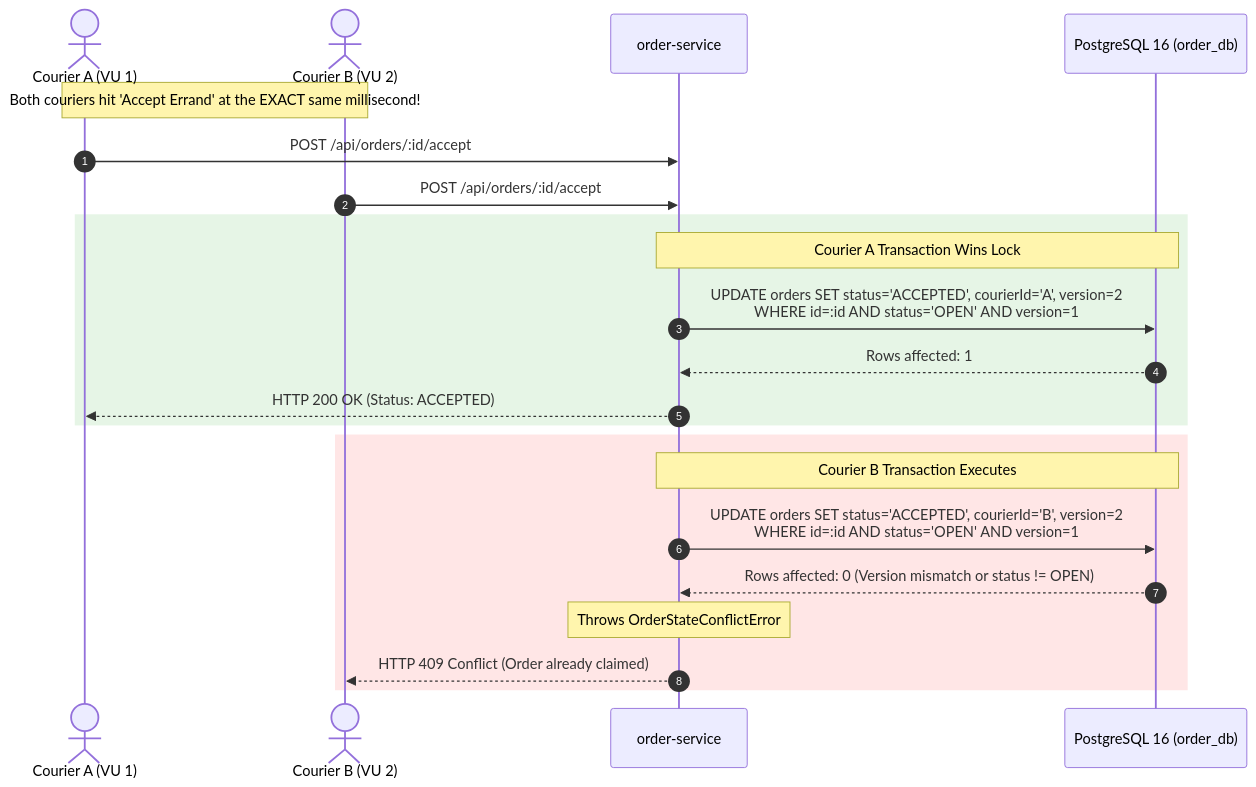
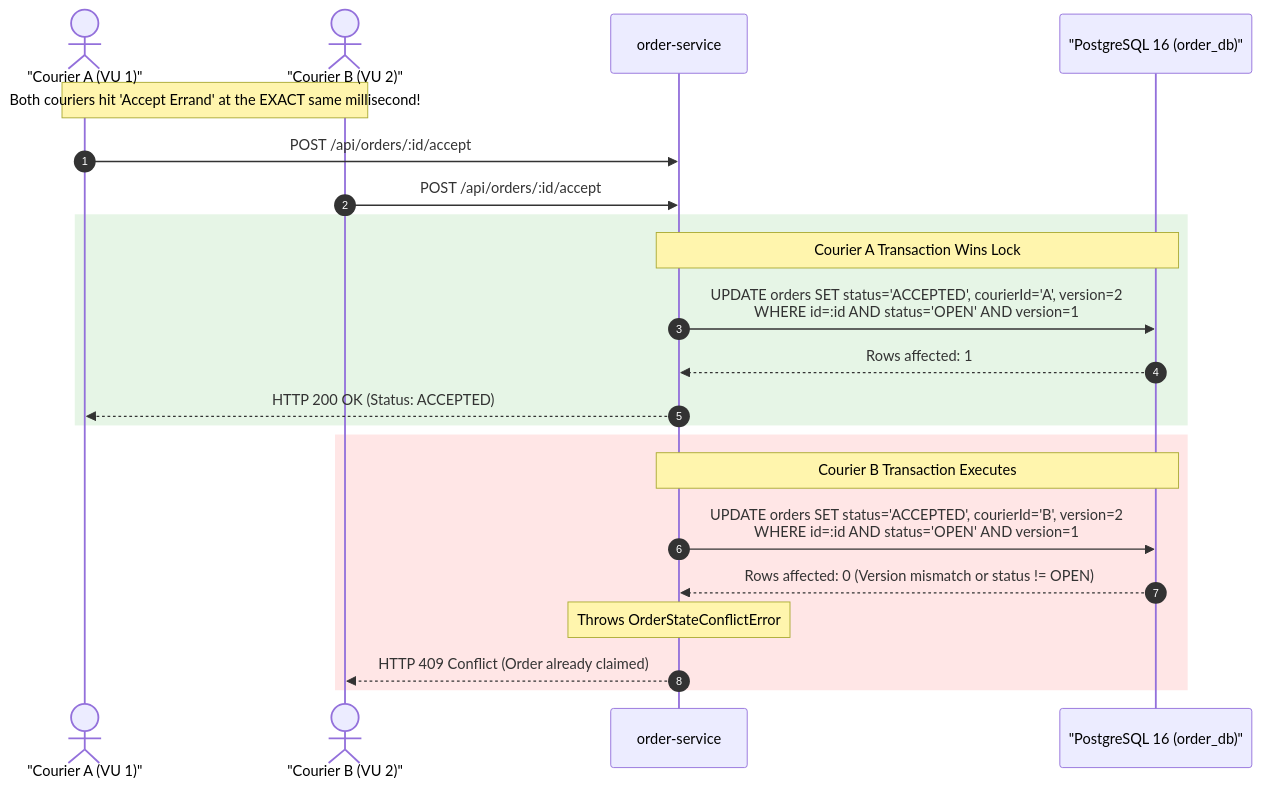
One commit to AY2627S1-CS3219-P25/friend-on-campus changed diagram 14 of 15 in docs/cloud-deployment-and-devops-guide.md. Above: the diagram before and after it, drawn with Mermaid. The commit also changed other lines of this file, not shown here.

Commit message:
fix(docs): resolve Mermaid parse error in Section 2.5 diagram and harden chart syntax

````diff
--- a/docs/cloud-deployment-and-devops-guide.md
+++ b/docs/cloud-deployment-and-devops-guide.md
@@ -1081,27 +1081,27 @@
 ```mermaid
 sequenceDiagram
     autonumber
-    actor Courier1 as Courier A (VU 1)
-    actor Courier2 as Courier B (VU 2)
+    actor Courier1 as "Courier A (VU 1)"
+    actor Courier2 as "Courier B (VU 2)"
     participant Svc as order-service
-    participant DB as PostgreSQL 16 (order_db)
+    participant DB as "PostgreSQL 16 (order_db)"
 
     Note over Courier1,Courier2: Both couriers hit 'Accept Errand' at the EXACT same millisecond!
     Courier1->>Svc: POST /api/orders/:id/accept
     Courier2->>Svc: POST /api/orders/:id/accept
 
     rect rgb(230, 245, 230)
     Note over Svc,DB: Courier A Transaction Wins Lock
     Svc->>DB: UPDATE orders SET status='ACCEPTED', courierId='A', version=2<br/>WHERE id=:id AND status='OPEN' AND version=1
     DB-->>Svc: Rows affected: 1
     Svc-->>Courier1: HTTP 200 OK (Status: ACCEPTED)
     end
 
     rect rgb(255, 230, 230)
     Note over Svc,DB: Courier B Transaction Executes
     Svc->>DB: UPDATE orders SET status='ACCEPTED', courierId='B', version=2<br/>WHERE id=:id AND status='OPEN' AND version=1
     DB-->>Svc: Rows affected: 0 (Version mismatch or status != OPEN)
     Note over Svc: Throws OrderStateConflictError
     Svc-->>Courier2: HTTP 409 Conflict (Order already claimed)
     end
 ```
````
